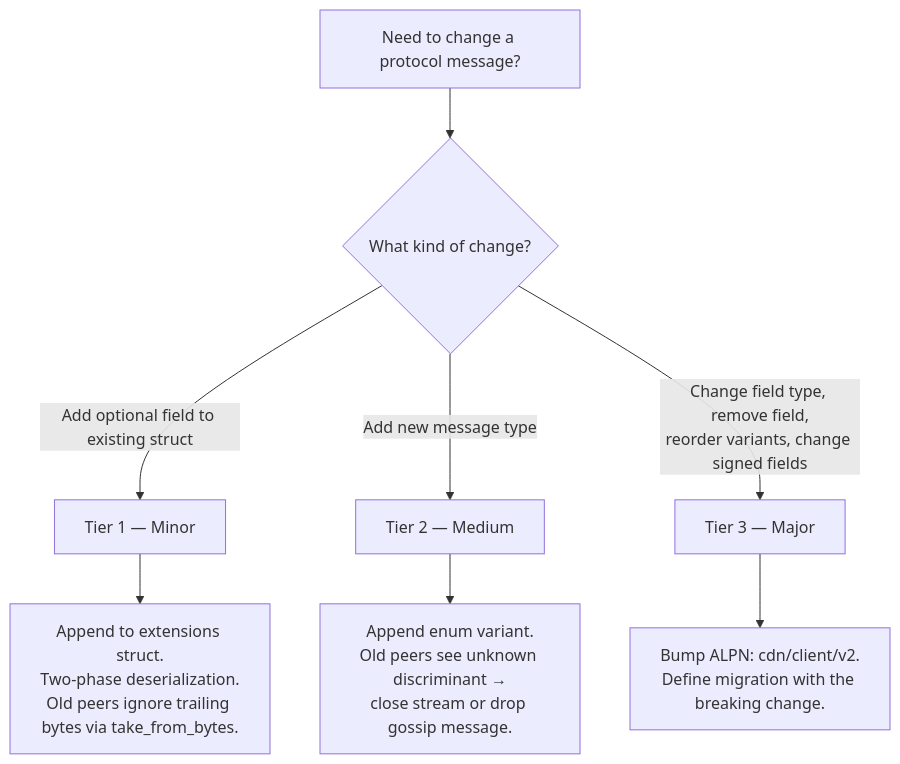
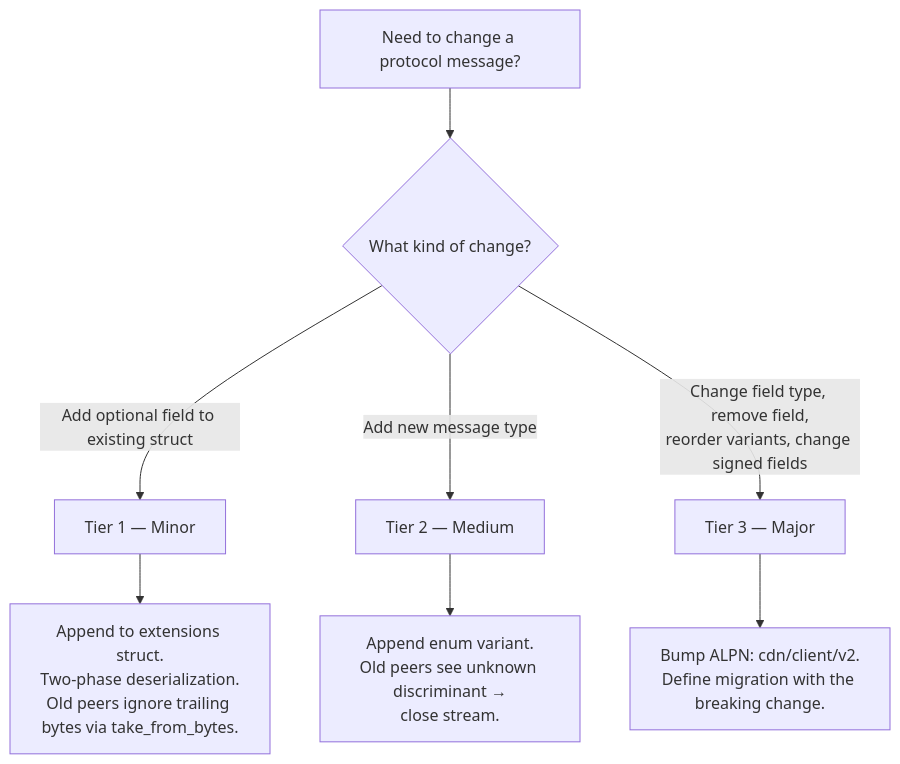
Before and after one commit to decdn/decdn: the diagram in adr/013-schema-evolution.md, drawn with Mermaid. The commit also changed other lines of this file and 81 other files, not shown here.

````diff
--- a/adr/013-schema-evolution.md
+++ b/adr/013-schema-evolution.md
@@ -164,11 +99,11 @@
 ```mermaid
 flowchart TD
     A["Need to change a protocol message?"] --> B{"What kind of change?"}
     B -->|"Add optional field to existing struct"| C["Tier 1 — Minor"]
     B -->|"Add new message type"| D["Tier 2 — Medium"]
     B -->|"Change field type, remove field,\nreorder variants, change signed fields"| E["Tier 3 — Major"]
 
     C --> F["Append to extensions struct.\nTwo-phase deserialization.\nOld peers ignore trailing bytes via take_from_bytes."]
-    D --> G["Append enum variant.\nOld peers see unknown discriminant →\nclose stream or drop gossip message."]
+    D --> G["Append enum variant.\nOld peers see unknown discriminant →\nclose stream."]
     E --> H["Bump ALPN: cdn/client/v2.\nDefine migration with the breaking change."]
 ```
````
